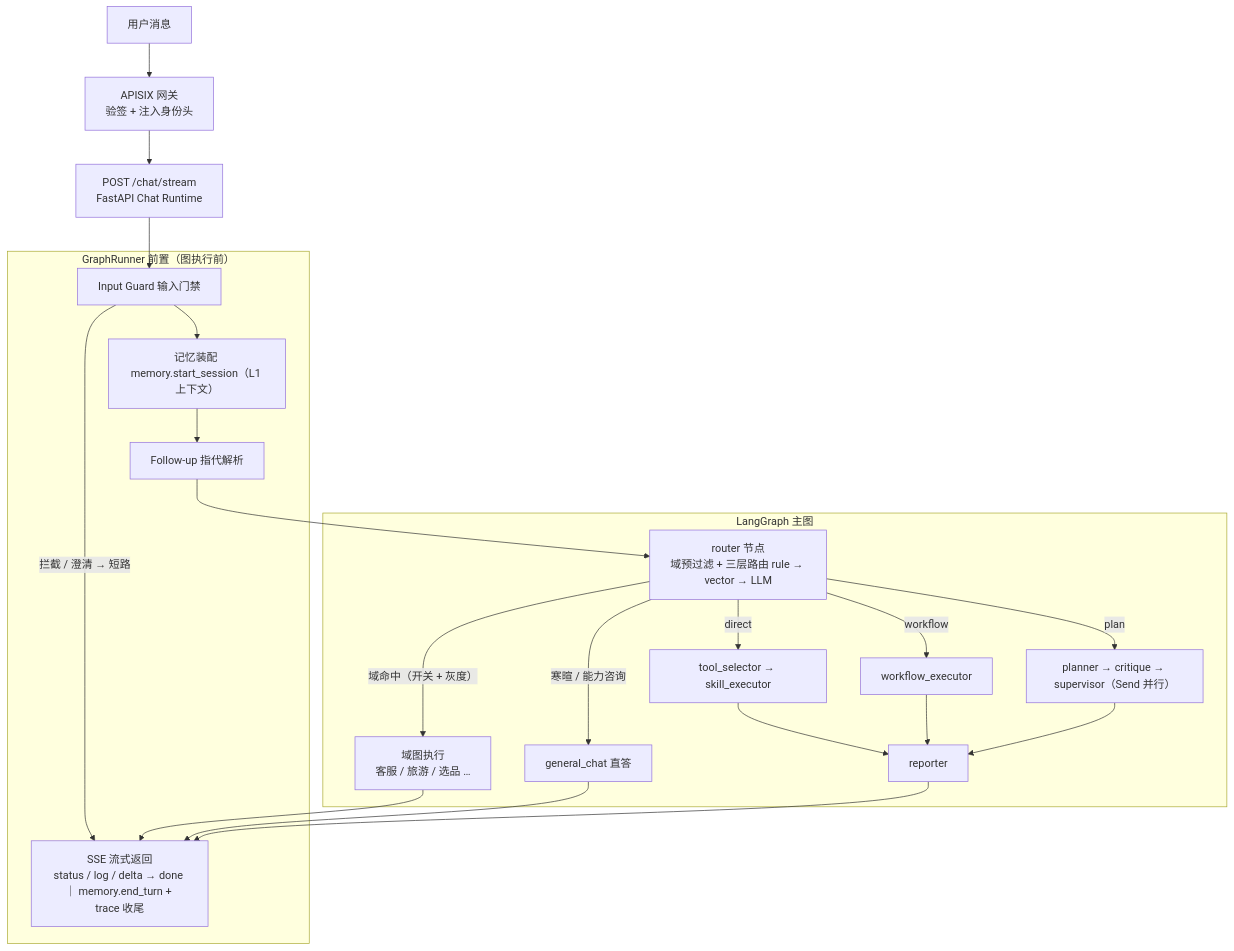
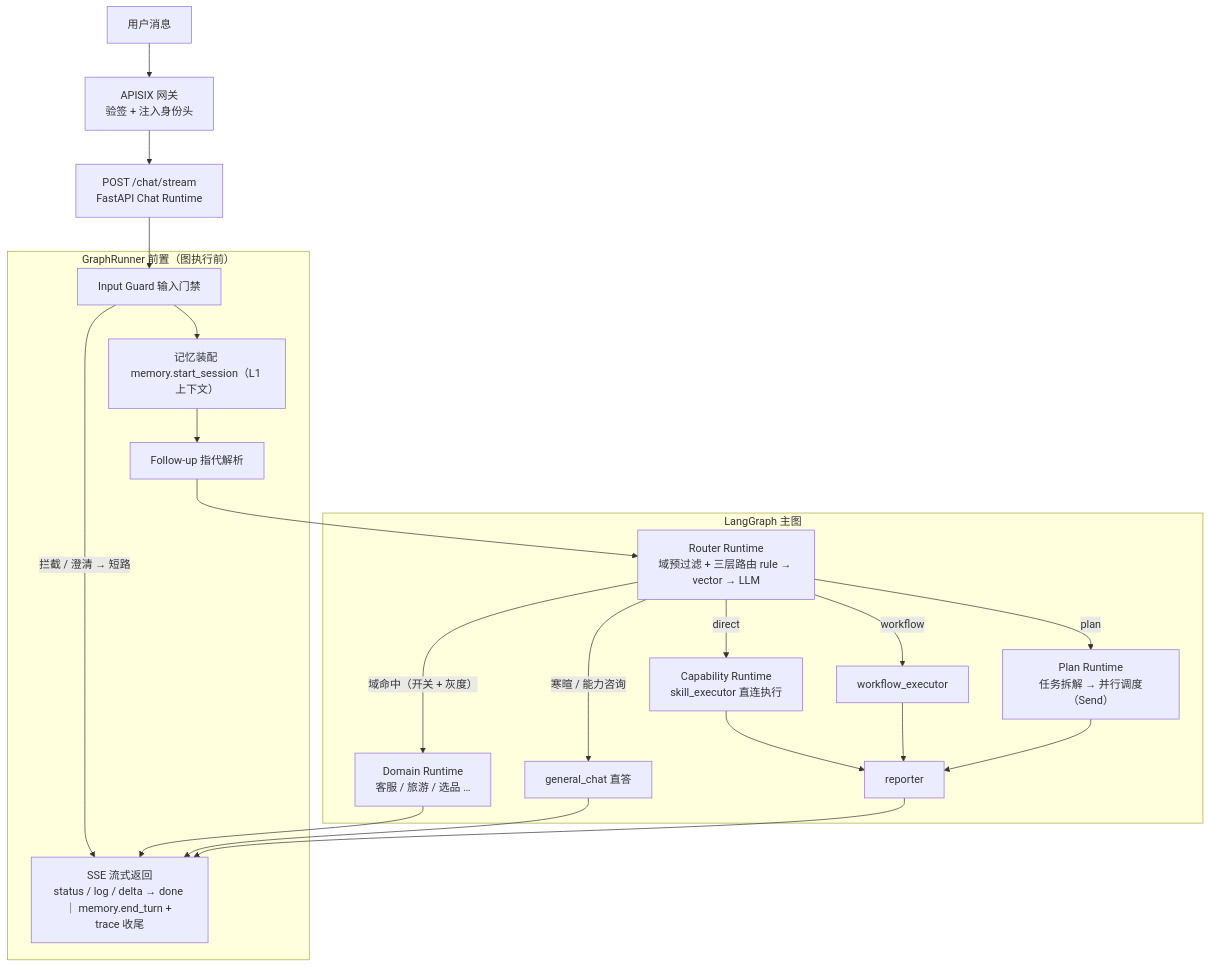
The second of 3 diagrams in README.md (Jayus-07/agent), drawn with Mermaid before and after one commit. The commit also changed other lines of this file and 5 other files, not shown here.

Commit message:
docs(architecture): STOP H architecture final closure — Architecture-Baseline(九层Runtime基线)+Extension-Guide+Frozen-Contracts 三份基线文档+README Runtime分层重写(去内部细节, mermaid 6/6, registry 37, eval smoke 163)

````diff
--- a/README.md
+++ b/README.md
@@ -75,31 +75,31 @@
 ```mermaid
 flowchart TB
     OUT["SSE 流式返回<br/>status / log / delta → done ｜ memory.end_turn + trace 收尾"]
     U["用户消息"] --> GW["APISIX 网关<br/>验签 + 注入身份头"]
     GW --> API["POST /chat/stream<br/>FastAPI Chat Runtime"]
     API --> IG
 
     subgraph PRE["GraphRunner 前置（图执行前）"]
         IG["Input Guard 输入门禁"] -->|"拦截 / 澄清 → 短路"| OUT
         IG --> MEM["记忆装配 memory.start_session（L1 上下文）"]
         MEM --> FU["Follow-up 指代解析"]
     end
 
     FU --> RT
 
     subgraph G["LangGraph 主图"]
-        RT["router 节点<br/>域预过滤 + 三层路由 rule → vector → LLM"]
-        RT -->|"direct"| DE["tool_selector → skill_executor"]
+        RT["Router Runtime<br/>域预过滤 + 三层路由 rule → vector → LLM"]
+        RT -->|"direct"| DE["Capability Runtime<br/>skill_executor 直连执行"]
         RT -->|"workflow"| WE["workflow_executor"]
-        RT -->|"plan"| PL["planner → critique → supervisor（Send 并行）"]
+        RT -->|"plan"| PL["Plan Runtime<br/>任务拆解 → 并行调度（Send）"]
         RT -->|"寒暄 / 能力咨询"| GC["general_chat 直答"]
-        RT -->|"域命中（开关 + 灰度）"| DG["域图执行<br/>客服 / 旅游 / 选品 …"]
+        RT -->|"域命中（开关 + 灰度）"| DG["Domain Runtime<br/>客服 / 旅游 / 选品 …"]
         DE --> REP["reporter"]
         WE --> REP
         PL --> REP
     end
 
     DG --> OUT
     GC --> OUT
     REP --> OUT
 ```
````
